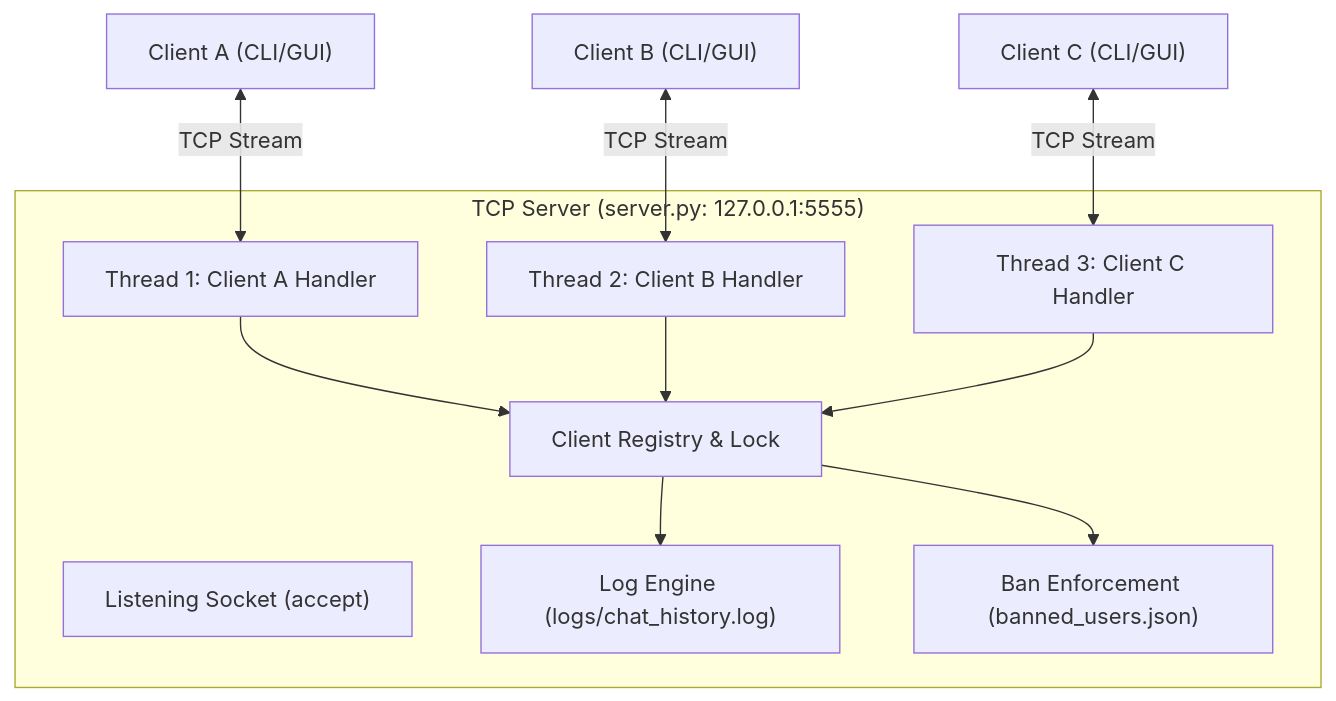
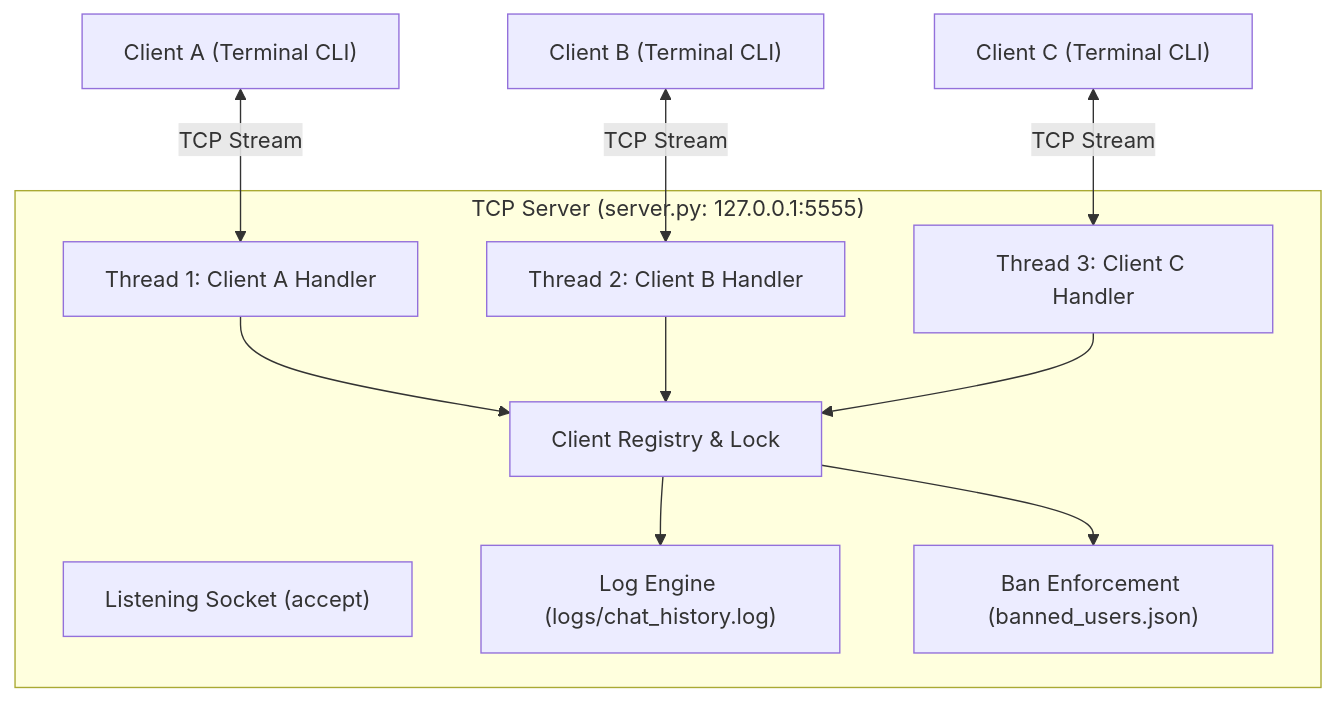
Before and after one commit to Vinchuu/TCP-Chat: the diagram in README.md, drawn with Mermaid. The commit also changed other lines of this file and 4 other files, not shown here.

Commit message:
Remove GUI client and retain terminal CLI only

````diff
--- a/README.md
+++ b/README.md
@@ -28,22 +28,22 @@
 ```mermaid
 graph TD
     subgraph Server ["TCP Server (server.py: 127.0.0.1:5555)"]
         LS["Listening Socket (accept)"]
         T1["Thread 1: Client A Handler"]
         T2["Thread 2: Client B Handler"]
         T3["Thread 3: Client C Handler"]
         REG["Client Registry & Lock"]
         LOG["Log Engine (logs/chat_history.log)"]
         BAN["Ban Enforcement (banned_users.json)"]
     end
 
-    ClientA["Client A (CLI/GUI)"] <--> |TCP Stream| T1
-    ClientB["Client B (CLI/GUI)"] <--> |TCP Stream| T2
-    ClientC["Client C (CLI/GUI)"] <--> |TCP Stream| T3
+    ClientA["Client A (Terminal CLI)"] <--> |TCP Stream| T1
+    ClientB["Client B (Terminal CLI)"] <--> |TCP Stream| T2
+    ClientC["Client C (Terminal CLI)"] <--> |TCP Stream| T3
 
     T1 --> REG
     T2 --> REG
     T3 --> REG
     REG --> LOG
     REG --> BAN
 ```
````
